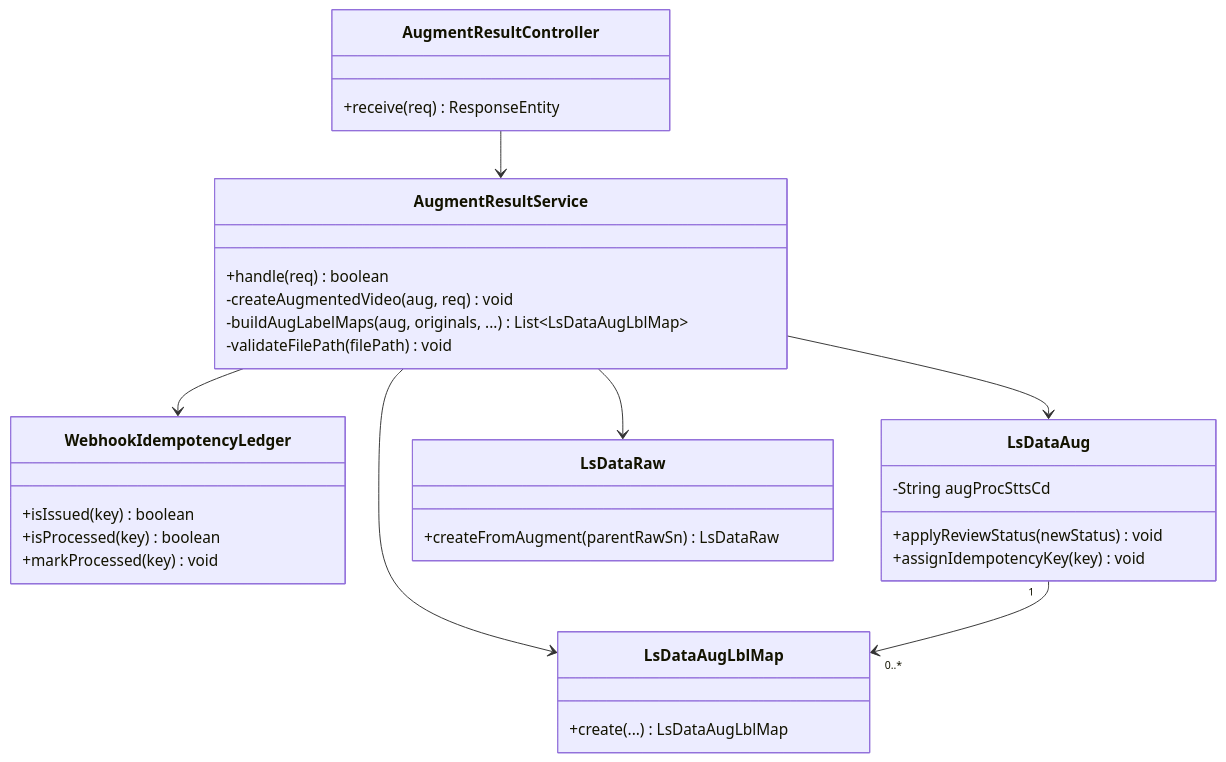
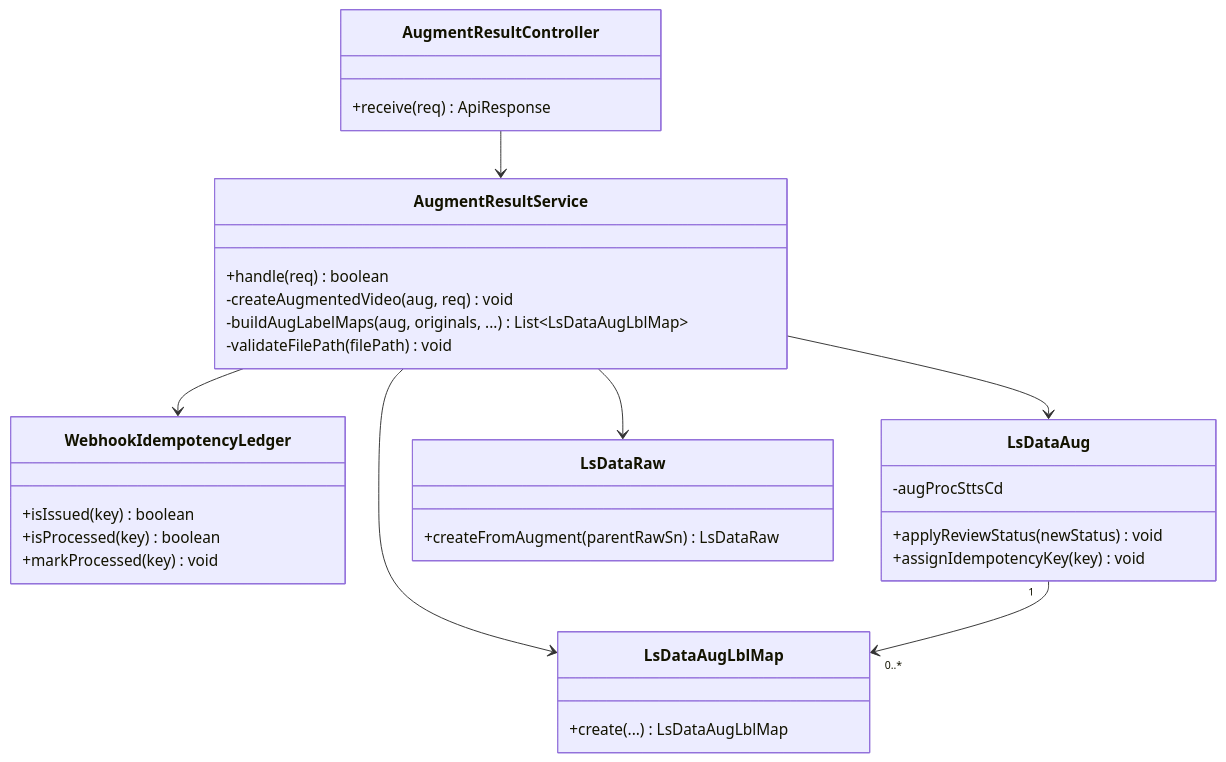
Before and after one commit to New-stella/klid-label: diagram 15 of 26 in docs/design/D1-클래스설계서.md, drawn with Mermaid. The commit also changed other lines of this file and 32 other files, not shown here.

````diff
--- a/docs/design/D1-클래스설계서.md
+++ b/docs/design/D1-클래스설계서.md
@@ -784,34 +759,34 @@
 ```mermaid
 classDiagram
     class AugmentResultController {
-        +receive(req) ResponseEntity
+        +receive(req) ApiResponse
     }
     class AugmentResultService {
         +handle(req) boolean
         -createAugmentedVideo(aug, req) void
         -buildAugLabelMaps(aug, originals, ...) List~LsDataAugLblMap~
         -validateFilePath(filePath) void
     }
     class WebhookIdempotencyLedger {
         +isIssued(key) boolean
         +isProcessed(key) boolean
         +markProcessed(key) void
     }
     class LsDataAug {
-        -String augProcSttsCd
+        -augProcSttsCd
         +applyReviewStatus(newStatus) void
         +assignIdempotencyKey(key) void
     }
     class LsDataAugLblMap {
         +create(...) LsDataAugLblMap
     }
     class LsDataRaw {
         +createFromAugment(parentRawSn) LsDataRaw
     }
     AugmentResultController --> AugmentResultService
     AugmentResultService --> WebhookIdempotencyLedger
     AugmentResultService --> LsDataAug
     AugmentResultService --> LsDataRaw
     AugmentResultService --> LsDataAugLblMap
     LsDataAug "1" --> "0..*" LsDataAugLblMap
 ```
````
